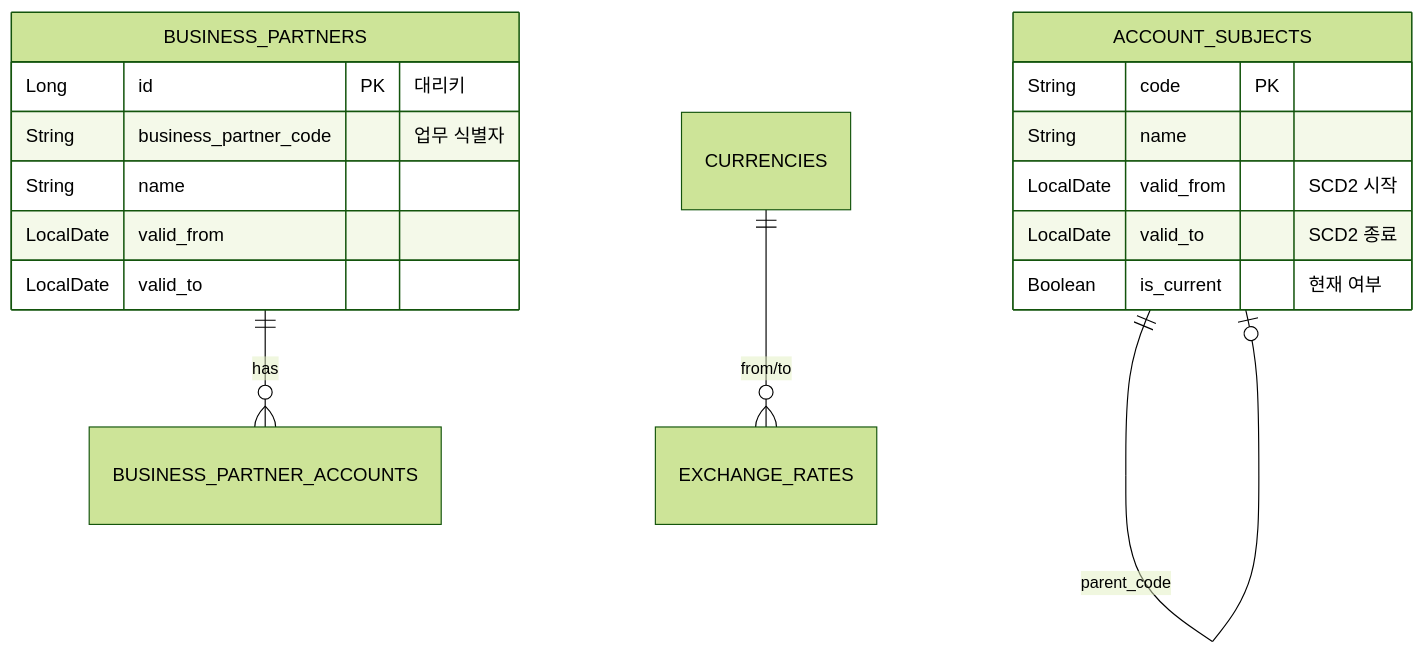
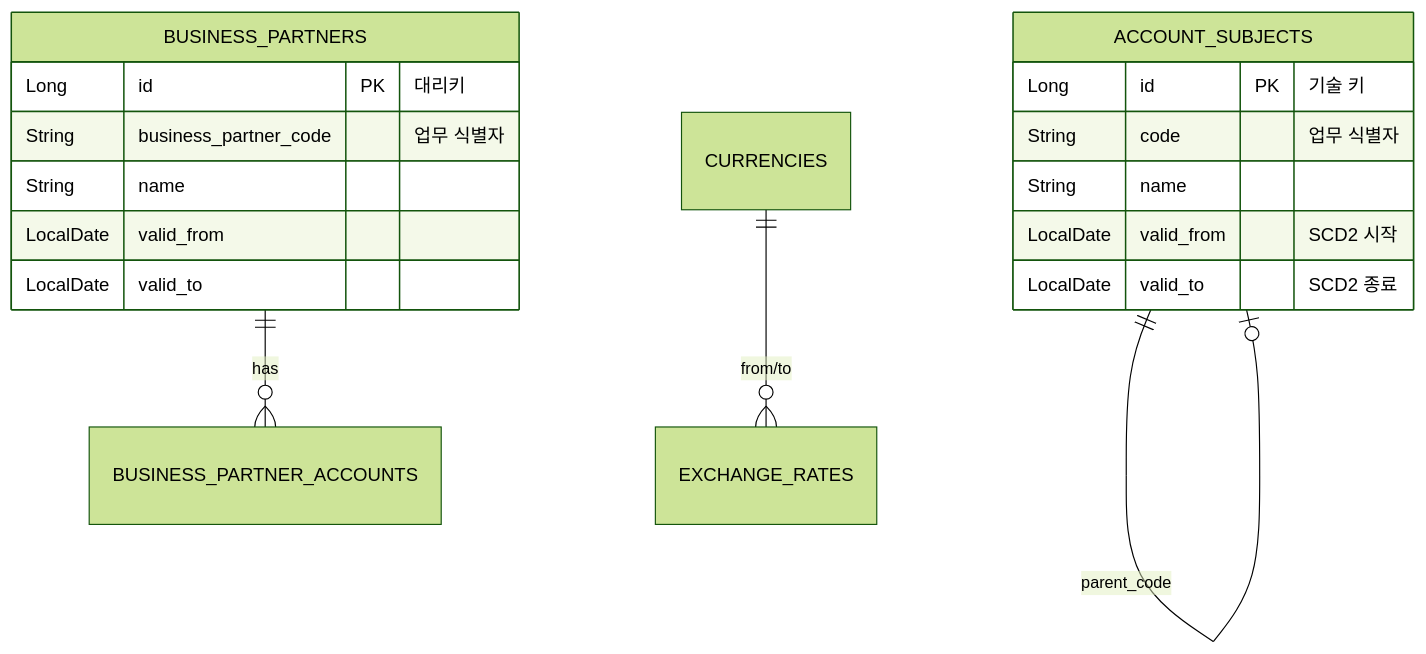
One commit to skyg547/account changed the third of 3 diagrams in master-data/README.md. Above: the diagram before and after it, drawn with Mermaid (forest theme). The commit also changed other lines of this file and 61 other files, not shown here.

````diff
--- a/master-data/README.md
+++ b/master-data/README.md
@@ -58,22 +63,22 @@
 ```mermaid
 erDiagram
     ACCOUNT_SUBJECTS ||--o| ACCOUNT_SUBJECTS : "parent_code"
     BUSINESS_PARTNERS ||--o{ BUSINESS_PARTNER_ACCOUNTS : "has"
     CURRENCIES ||--o{ EXCHANGE_RATES : "from/to"
 
     ACCOUNT_SUBJECTS {
-        String code PK
+        Long id PK "기술 키"
+        String code "업무 식별자"
         String name
         LocalDate valid_from "SCD2 시작"
         LocalDate valid_to "SCD2 종료"
-        Boolean is_current "현재 여부"
     }
     
     BUSINESS_PARTNERS {
         Long id PK "대리키"
         String business_partner_code "업무 식별자"
         String name
         LocalDate valid_from
         LocalDate valid_to
     }
 ```
````
